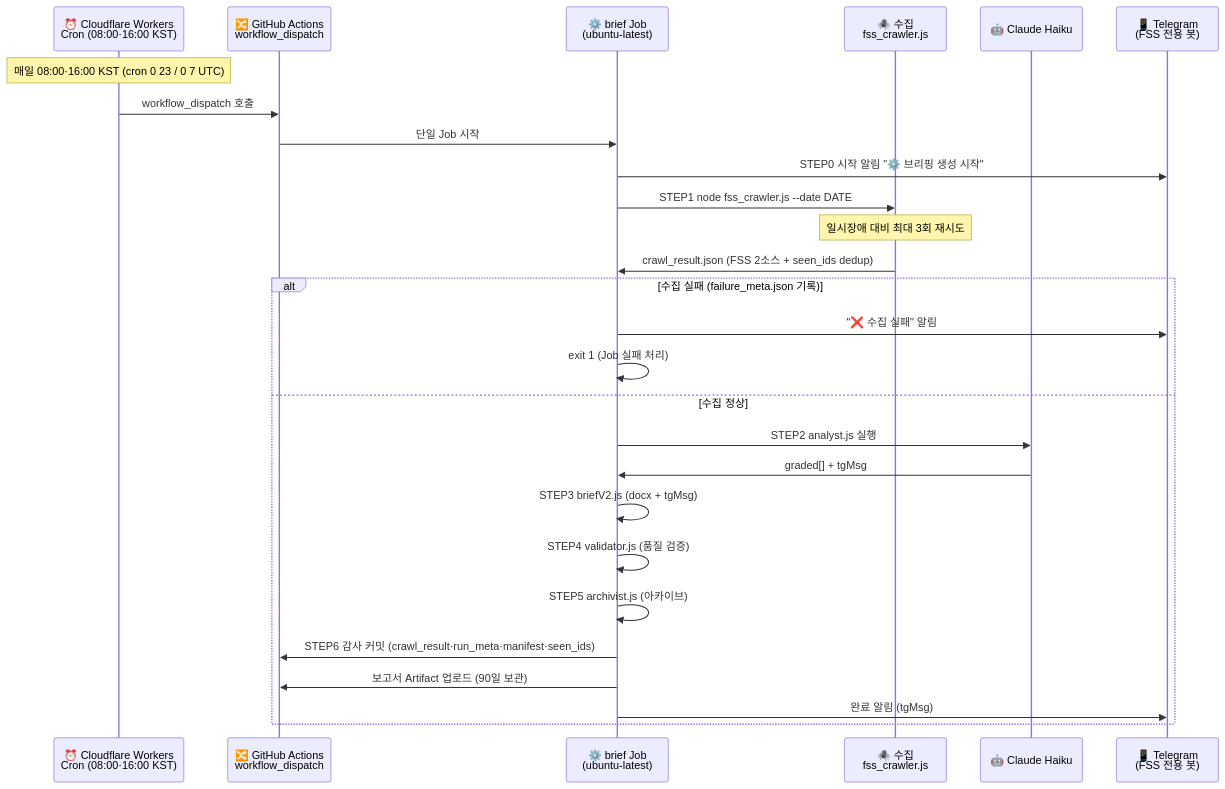
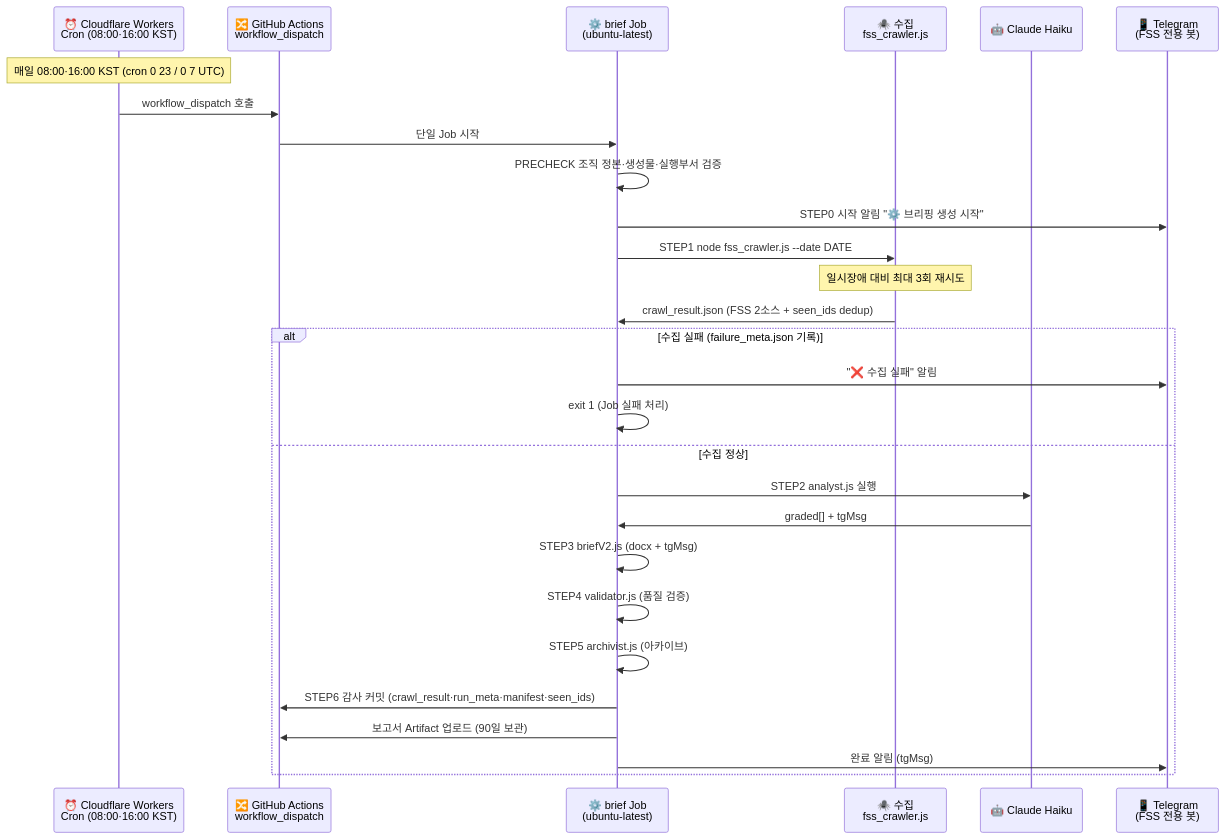
One commit to pyorocop-lang/ibk-FSS-brief changed the diagram in docs/operations/workflow.md. Above: the diagram before and after it, drawn with Mermaid. The commit also changed other lines of this file and 27 other files, not shown here.

````diff
--- a/docs/operations/workflow.md
+++ b/docs/operations/workflow.md
@@ -19,30 +19,31 @@
 ```mermaid
 sequenceDiagram
     participant CRON as ⏰ Cloudflare Workers<br>Cron (08:00·16:00 KST)
     participant GH as 🔀 GitHub Actions<br>workflow_dispatch
     participant JOB as ⚙️ brief Job<br>(ubuntu-latest)
     participant CRAWLER as 🕷️ 수집<br>fss_crawler.js
     participant CLAUDE as 🤖 Claude Haiku
     participant TG as 📱 Telegram<br>(FSS 전용 봇)
 
     Note over CRON: 매일 08:00·16:00 KST (cron 0 23 / 0 7 UTC)
     CRON->>GH: workflow_dispatch 호출
     GH->>JOB: 단일 Job 시작
+    JOB->>JOB: PRECHECK 조직 정본·생성물·실행부서 검증
     JOB->>TG: STEP0 시작 알림 "⚙️ 브리핑 생성 시작"
     JOB->>CRAWLER: STEP1 node fss_crawler.js --date DATE
     Note over CRAWLER: 일시장애 대비 최대 3회 재시도
     CRAWLER->>JOB: crawl_result.json (FSS 2소스 + seen_ids dedup)
     alt 수집 실패 (failure_meta.json 기록)
         JOB->>TG: "❌ 수집 실패" 알림
         JOB->>JOB: exit 1 (Job 실패 처리)
     else 수집 정상
         JOB->>CLAUDE: STEP2 analyst.js 실행
         CLAUDE->>JOB: graded[] + tgMsg
         JOB->>JOB: STEP3 briefV2.js (docx + tgMsg)
         JOB->>JOB: STEP4 validator.js (품질 검증)
         JOB->>JOB: STEP5 archivist.js (아카이브)
         JOB->>GH: STEP6 감사 커밋 (crawl_result·run_meta·manifest·seen_ids)
         JOB->>GH: 보고서 Artifact 업로드 (90일 보관)
         JOB->>TG: 완료 알림 (tgMsg)
     end
 ```
````
